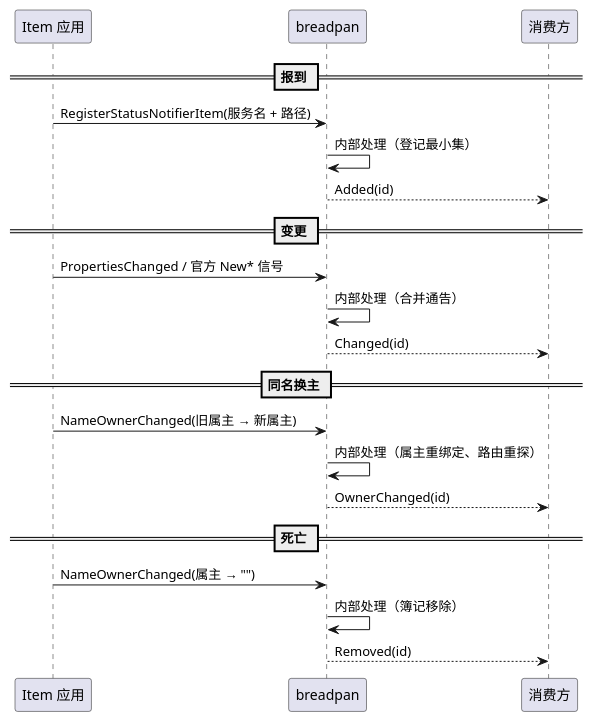
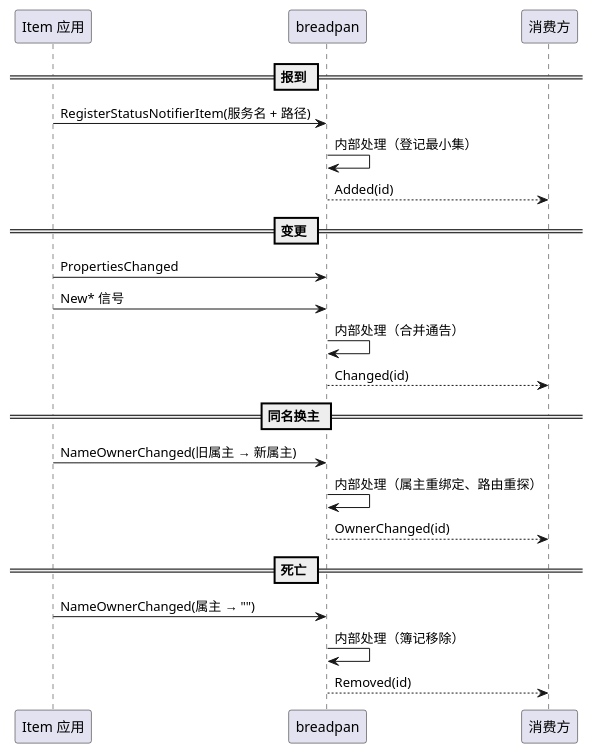
One commit to 54m43lJ/BreadKnife changed the diagram in breadpan/diagram/breadpan-item-lifecycle.puml. Above: the diagram before and after it, drawn with PlantUML. The commit also changed 18 other files, not shown here.

```diff
--- a/breadpan/diagram/breadpan-item-lifecycle.puml
+++ b/breadpan/diagram/breadpan-item-lifecycle.puml
@@ -1,25 +1,26 @@
 @startuml breadpan-item-lifecycle
 participant "Item 应用" as item
 participant breadpan
 participant 消费方
 
 == 报到 ==
 item -> breadpan: RegisterStatusNotifierItem(服务名 + 路径)
 breadpan -> breadpan: 内部处理（登记最小集）
 breadpan --> 消费方: Added(id)
 
 == 变更 ==
-item -> breadpan: PropertiesChanged / 官方 New* 信号
+item -> breadpan: PropertiesChanged
+item -> breadpan: New* 信号
 breadpan -> breadpan: 内部处理（合并通告）
 breadpan --> 消费方: Changed(id)
 
 == 同名换主 ==
 item -> breadpan: NameOwnerChanged(旧属主 → 新属主)
 breadpan -> breadpan: 内部处理（属主重绑定、路由重探）
 breadpan --> 消费方: OwnerChanged(id)
 
 == 死亡 ==
 item -> breadpan: NameOwnerChanged(属主 → "")
 breadpan -> breadpan: 内部处理（簿记移除）
 breadpan --> 消费方: Removed(id)
 @enduml
```
